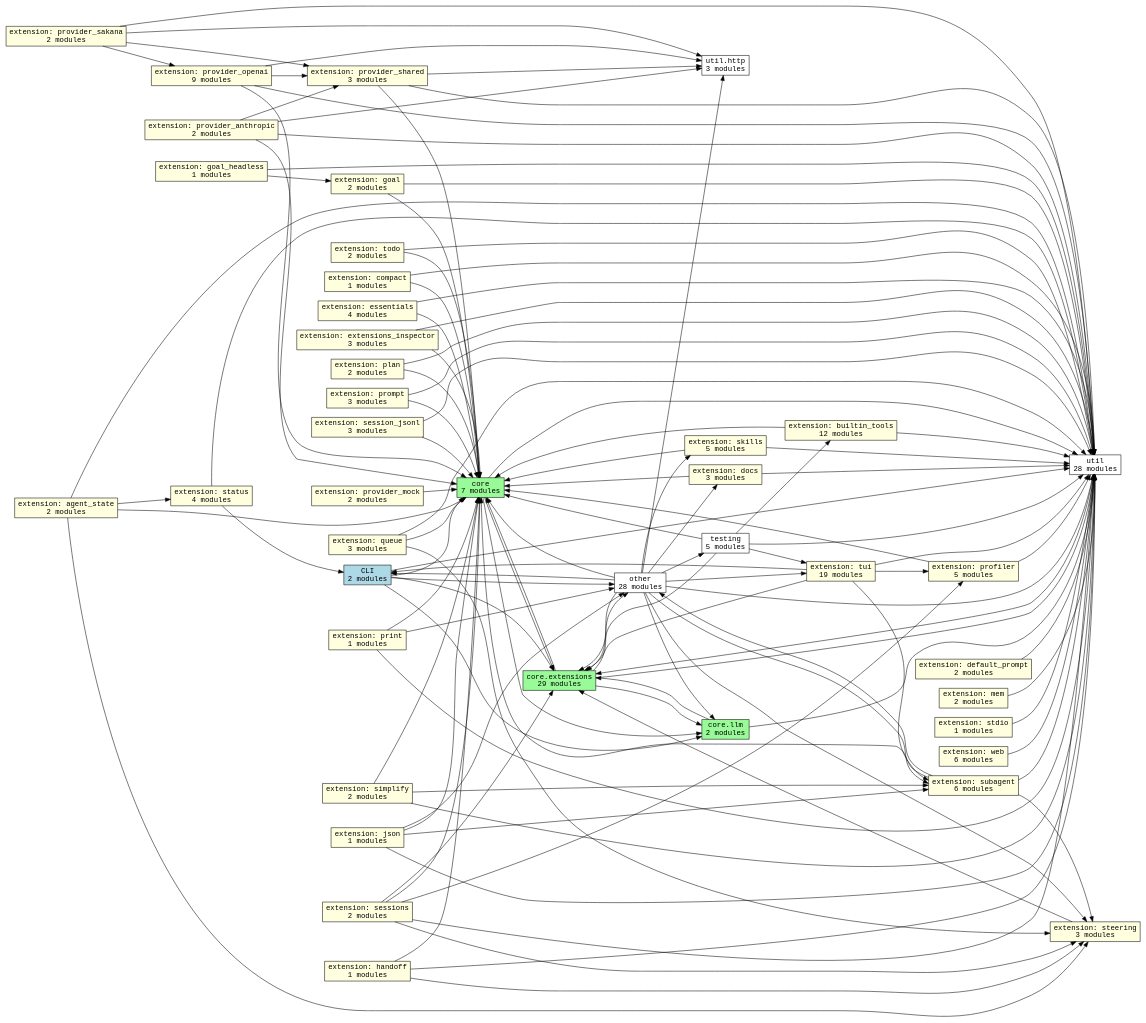
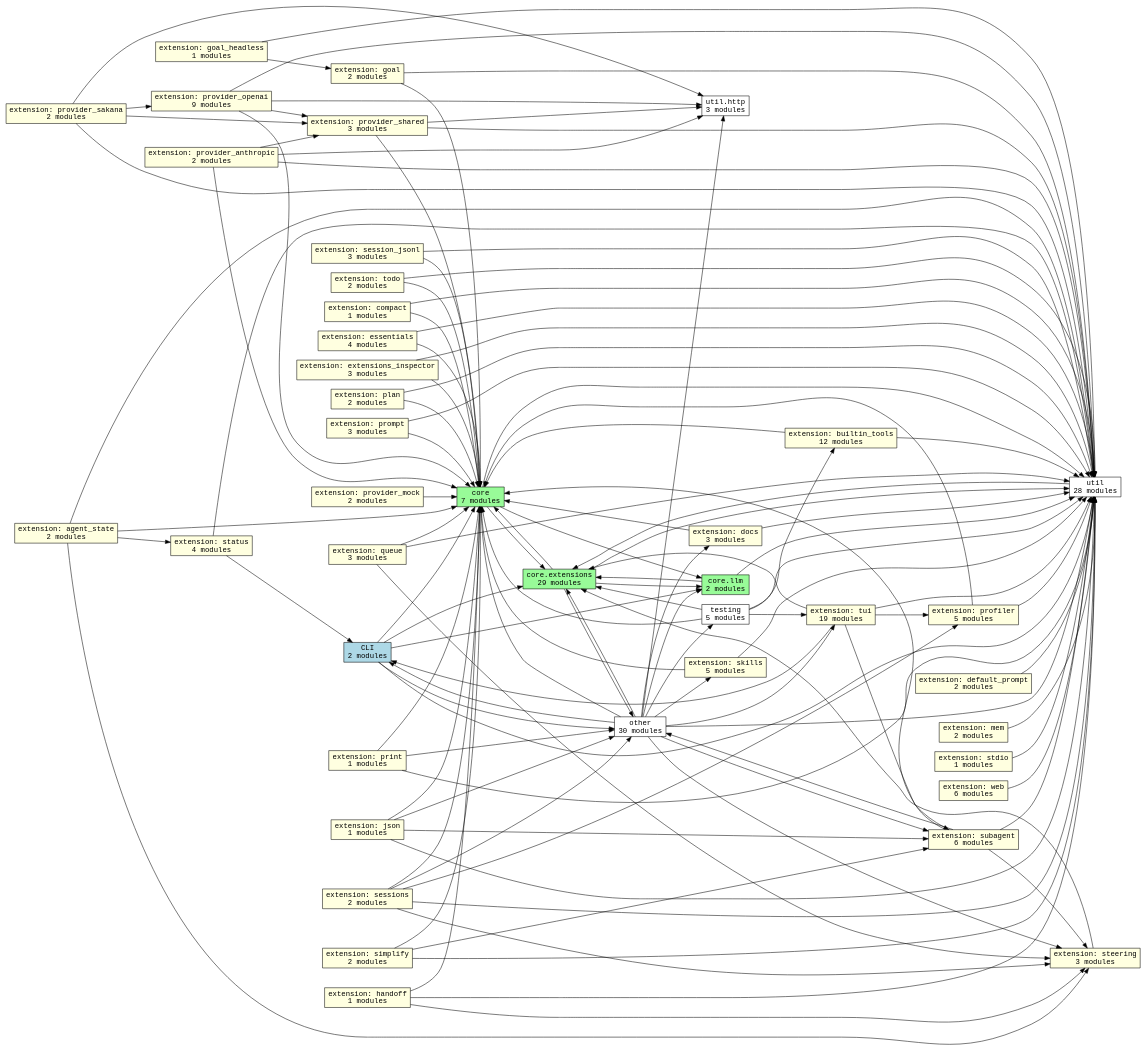
Before and after one commit to acmiyaguchi/fen: the diagram in docs/graphs/subsystems.dot, drawn with Graphviz. The commit also changed 15 other files, not shown here.

```diff
--- a/docs/graphs/subsystems.dot
+++ b/docs/graphs/subsystems.dot
@@ -1,161 +1,161 @@
 digraph fen_subsystems {
   graph [rankdir=LR];
   node [shape=box, fontname="monospace"];
   edge [fontname="monospace"];
   "cli" [fillcolor="lightblue", label="CLI\n2 modules", style="filled"];
   "core" [fillcolor="palegreen", label="core\n7 modules", style="filled"];
   "core.extensions" [fillcolor="palegreen", label="core.extensions\n29 modules", style="filled"];
   "core.llm" [fillcolor="palegreen", label="core.llm\n2 modules", style="filled"];
   "extension.agent_state" [fillcolor="lightyellow", label="extension: agent_state\n2 modules", style="filled"];
   "extension.builtin_tools" [fillcolor="lightyellow", label="extension: builtin_tools\n12 modules", style="filled"];
   "extension.compact" [fillcolor="lightyellow", label="extension: compact\n1 modules", style="filled"];
   "extension.default_prompt" [fillcolor="lightyellow", label="extension: default_prompt\n2 modules", style="filled"];
   "extension.docs" [fillcolor="lightyellow", label="extension: docs\n3 modules", style="filled"];
   "extension.essentials" [fillcolor="lightyellow", label="extension: essentials\n4 modules", style="filled"];
   "extension.extensions_inspector" [fillcolor="lightyellow", label="extension: extensions_inspector\n3 modules", style="filled"];
   "extension.goal" [fillcolor="lightyellow", label="extension: goal\n2 modules", style="filled"];
   "extension.goal_headless" [fillcolor="lightyellow", label="extension: goal_headless\n1 modules", style="filled"];
   "extension.handoff" [fillcolor="lightyellow", label="extension: handoff\n1 modules", style="filled"];
   "extension.json" [fillcolor="lightyellow", label="extension: json\n1 modules", style="filled"];
   "extension.mem" [fillcolor="lightyellow", label="extension: mem\n2 modules", style="filled"];
   "extension.plan" [fillcolor="lightyellow", label="extension: plan\n2 modules", style="filled"];
   "extension.print" [fillcolor="lightyellow", label="extension: print\n1 modules", style="filled"];
   "extension.profiler" [fillcolor="lightyellow", label="extension: profiler\n5 modules", style="filled"];
   "extension.prompt" [fillcolor="lightyellow", label="extension: prompt\n3 modules", style="filled"];
   "extension.provider_anthropic" [fillcolor="lightyellow", label="extension: provider_anthropic\n2 modules", style="filled"];
   "extension.provider_mock" [fillcolor="lightyellow", label="extension: provider_mock\n2 modules", style="filled"];
   "extension.provider_openai" [fillcolor="lightyellow", label="extension: provider_openai\n9 modules", style="filled"];
   "extension.provider_sakana" [fillcolor="lightyellow", label="extension: provider_sakana\n2 modules", style="filled"];
   "extension.provider_shared" [fillcolor="lightyellow", label="extension: provider_shared\n3 modules", style="filled"];
   "extension.queue" [fillcolor="lightyellow", label="extension: queue\n3 modules", style="filled"];
   "extension.session_jsonl" [fillcolor="lightyellow", label="extension: session_jsonl\n3 modules", style="filled"];
   "extension.sessions" [fillcolor="lightyellow", label="extension: sessions\n2 modules", style="filled"];
   "extension.simplify" [fillcolor="lightyellow", label="extension: simplify\n2 modules", style="filled"];
   "extension.skills" [fillcolor="lightyellow", label="extension: skills\n5 modules", style="filled"];
   "extension.status" [fillcolor="lightyellow", label="extension: status\n4 modules", style="filled"];
   "extension.stdio" [fillcolor="lightyellow", label="extension: stdio\n1 modules", style="filled"];
   "extension.steering" [fillcolor="lightyellow", label="extension: steering\n3 modules", style="filled"];
   "extension.subagent" [fillcolor="lightyellow", label="extension: subagent\n6 modules", style="filled"];
   "extension.todo" [fillcolor="lightyellow", label="extension: todo\n2 modules", style="filled"];
   "extension.tui" [fillcolor="lightyellow", label="extension: tui\n19 modules", style="filled"];
   "extension.web" [fillcolor="lightyellow", label="extension: web\n6 modules", style="filled"];
-  "other" [fillcolor="white", label="other\n28 modules", style="filled"];
+  "other" [fillcolor="white", label="other\n30 modules", style="filled"];
   "testing" [fillcolor="white", label="testing\n5 modules", style="filled"];
   "util" [fillcolor="white", label="util\n28 modules", style="filled"];
   "util.http" [fillcolor="white", label="util.http\n3 modules", style="filled"];
   "cli" -> "core";
   "cli" -> "core.extensions";
   "cli" -> "core.llm";
   "cli" -> "other";
   "cli" -> "util";
   "core" -> "core.extensions";
   "core" -> "core.llm";
   "core" -> "util";
   "core.extensions" -> "core";
   "core.extensions" -> "core.llm";
   "core.extensions" -> "other";
   "core.extensions" -> "util";
   "core.llm" -> "core.extensions";
   "core.llm" -> "util";
   "extension.agent_state" -> "core";
   "extension.agent_state" -> "extension.status";
   "extension.agent_state" -> "extension.steering";
   "extension.agent_state" -> "util";
   "extension.builtin_tools" -> "core";
   "extension.builtin_tools" -> "util";
   "extension.compact" -> "core";
   "extension.compact" -> "util";
   "extension.default_prompt" -> "util";
   "extension.docs" -> "core";
   "extension.docs" -> "util";
   "extension.essentials" -> "core";
   "extension.essentials" -> "util";
   "extension.extensions_inspector" -> "core";
   "extension.extensions_inspector" -> "util";
   "extension.goal" -> "core";
   "extension.goal" -> "util";
   "extension.goal_headless" -> "extension.goal";
   "extension.goal_headless" -> "util";
   "extension.handoff" -> "core";
   "extension.handoff" -> "extension.steering";
   "extension.handoff" -> "util";
   "extension.json" -> "core";
   "extension.json" -> "extension.subagent";
   "extension.json" -> "other";
   "extension.json" -> "util";
   "extension.mem" -> "util";
   "extension.plan" -> "core";
   "extension.plan" -> "util";
   "extension.print" -> "core";
   "extension.print" -> "other";
   "extension.print" -> "util";
   "extension.profiler" -> "core";
   "extension.profiler" -> "util";
   "extension.prompt" -> "core";
   "extension.prompt" -> "util";
   "extension.provider_anthropic" -> "core";
   "extension.provider_anthropic" -> "extension.provider_shared";
   "extension.provider_anthropic" -> "util";
   "extension.provider_anthropic" -> "util.http";
   "extension.provider_mock" -> "core";
   "extension.provider_openai" -> "core";
   "extension.provider_openai" -> "extension.provider_shared";
   "extension.provider_openai" -> "util";
   "extension.provider_openai" -> "util.http";
   "extension.provider_sakana" -> "extension.provider_openai";
   "extension.provider_sakana" -> "extension.provider_shared";
   "extension.provider_sakana" -> "util";
   "extension.provider_sakana" -> "util.http";
   "extension.provider_shared" -> "core";
   "extension.provider_shared" -> "util";
   "extension.provider_shared" -> "util.http";
   "extension.queue" -> "core";
   "extension.queue" -> "extension.steering";
   "extension.queue" -> "util";
   "extension.session_jsonl" -> "core";
   "extension.session_jsonl" -> "util";
   "extension.sessions" -> "core";
-  "extension.sessions" -> "core.extensions";
   "extension.sessions" -> "extension.profiler";
   "extension.sessions" -> "extension.steering";
+  "extension.sessions" -> "other";
   "extension.sessions" -> "util";
   "extension.simplify" -> "core";
   "extension.simplify" -> "extension.subagent";
   "extension.simplify" -> "util";
   "extension.skills" -> "core";
   "extension.skills" -> "util";
   "extension.status" -> "cli";
   "extension.status" -> "util";
   "extension.stdio" -> "util";
   "extension.steering" -> "core.extensions";
   "extension.subagent" -> "core";
   "extension.subagent" -> "extension.steering";
   "extension.subagent" -> "other";
   "extension.subagent" -> "util";
   "extension.todo" -> "core";
   "extension.todo" -> "util";
   "extension.tui" -> "cli";
   "extension.tui" -> "core.extensions";
   "extension.tui" -> "extension.profiler";
   "extension.tui" -> "extension.subagent";
   "extension.tui" -> "util";
   "extension.web" -> "util";
   "other" -> "cli";
   "other" -> "core";
   "other" -> "core.extensions";
   "other" -> "core.llm";
   "other" -> "extension.docs";
   "other" -> "extension.skills";
   "other" -> "extension.steering";
   "other" -> "extension.subagent";
   "other" -> "extension.tui";
   "other" -> "testing";
   "other" -> "util";
   "other" -> "util.http";
   "testing" -> "core";
   "testing" -> "core.extensions";
   "testing" -> "extension.builtin_tools";
   "testing" -> "extension.tui";
   "testing" -> "util";
   "util" -> "core.extensions";
 }
```
